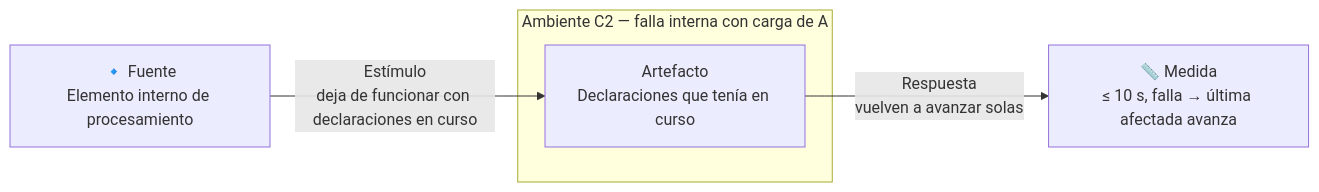
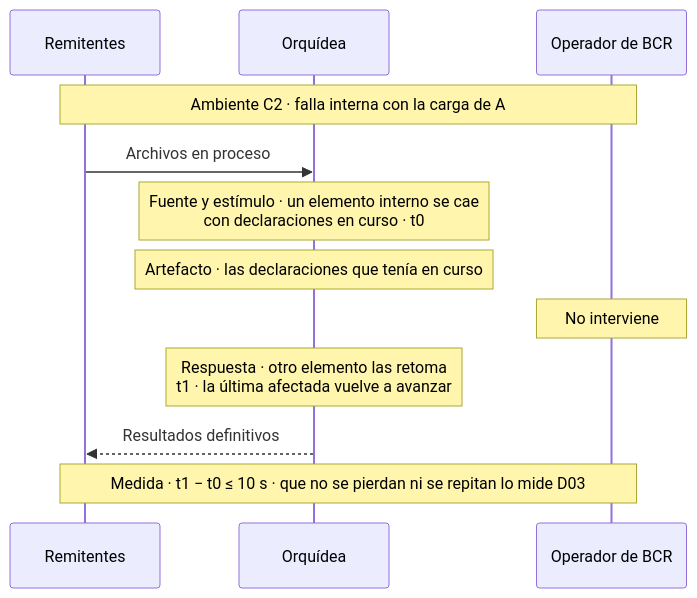
Diagram 13 of 17 in docs/quality-attributes.md (MATI-MBIT/arqsoft-reto-4), drawn with Mermaid before and after one commit. The commit also changed other lines of this file, not shown here.

Commit message:
Cambia los diagramas de los ASR por diagramas de secuencia con t0, t1 y la medida

````diff
--- a/docs/quality-attributes.md
+++ b/docs/quality-attributes.md
@@ -440,9 +509,14 @@
 ```mermaid
-flowchart LR
-    F["🔹 Fuente<br/>Elemento interno de procesamiento"]
-    F -- "Estímulo<br/>deja de funcionar con declaraciones en curso" --> A
-    subgraph AMB["Ambiente C2 — falla interna con carga de A"]
-        A["Artefacto<br/>Declaraciones que tenía en curso"]
-    end
-    A -- "Respuesta<br/>vuelven a avanzar solas" --> M["📏 Medida<br/>≤ 10 s, falla → última afectada avanza"]
+sequenceDiagram
+    participant R as Remitentes
+    participant O as Orquídea
+    participant Op as Operador de BCR
+    Note over R,Op: Ambiente C2 · falla interna con la carga de A
+    R->>O: Archivos en proceso
+    Note over O: Fuente y estímulo · un elemento interno se cae<br/>con declaraciones en curso · t0
+    Note over O: Artefacto · las declaraciones que tenía en curso
+    Note over Op: No interviene
+    Note over O: Respuesta · otro elemento las retoma<br/>t1 · la última afectada vuelve a avanzar
+    O-->>R: Resultados definitivos
+    Note over R,Op: Medida · t1 − t0 ≤ 10 s · que no se pierdan ni se repitan lo mide D03
 ```
````
